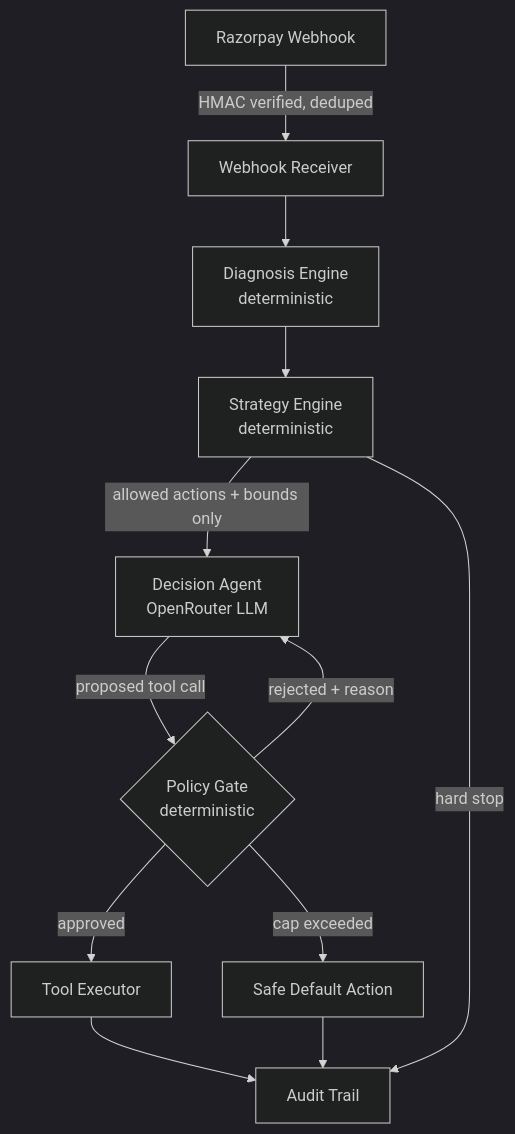
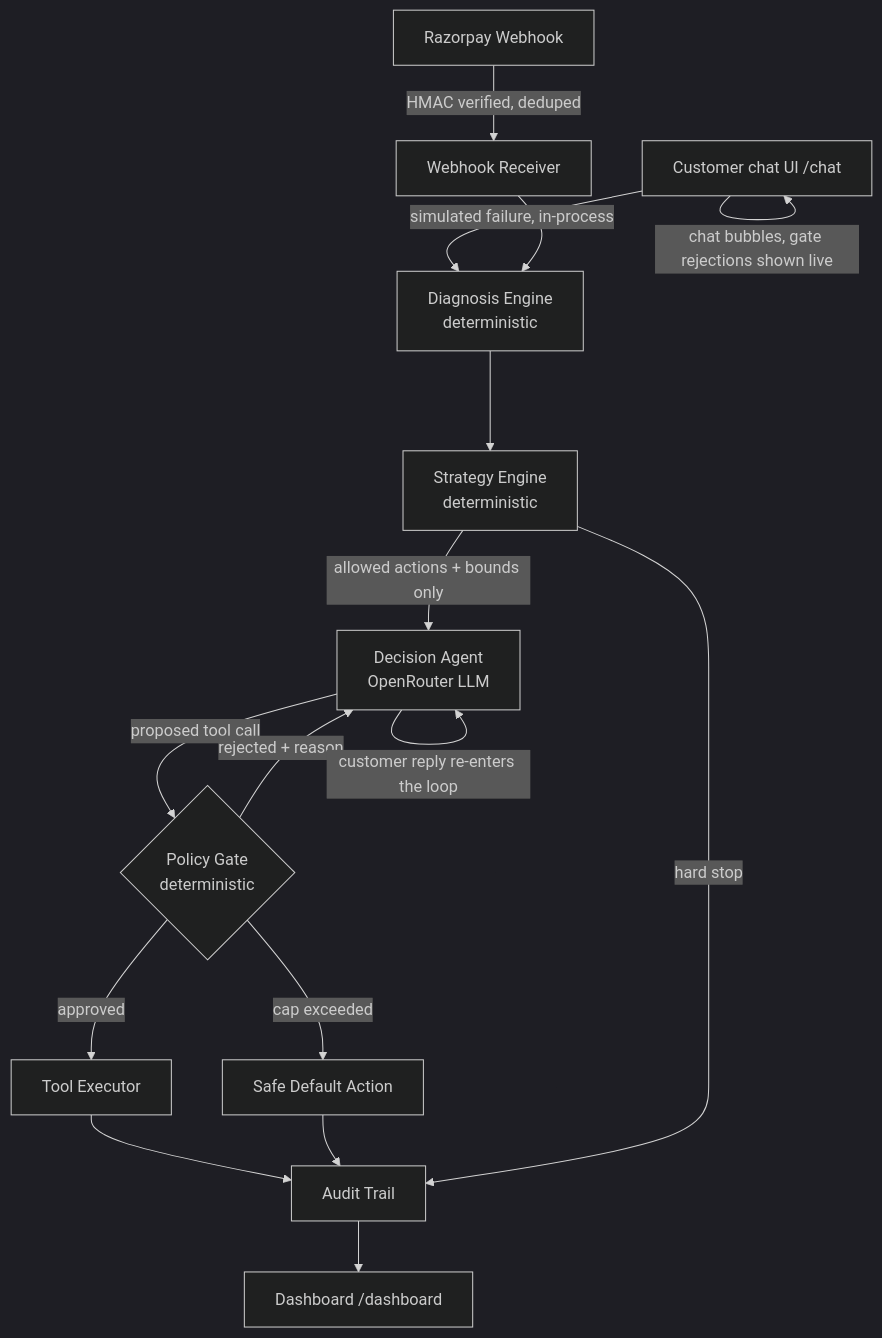
The diagram in README.md (ShaunT06/project-lazarus), drawn with Mermaid (dark theme) before and after one commit. The commit also changed other lines of this file and 21 other files, not shown here.

First line of the commit message:
feat: add customer chat UI, merchant dashboard, and Vercel hosting (#8)

````diff
--- a/README.md
+++ b/README.md
@@ -25,14 +31,18 @@
 ```mermaid
 flowchart TD
     A[Razorpay Webhook] -->|HMAC verified, deduped| B[Webhook Receiver]
+    W[Customer chat UI /chat] -->|simulated failure, in-process| C
     B --> C[Diagnosis Engine<br/>deterministic]
     C --> D[Strategy Engine<br/>deterministic]
     D -->|allowed actions + bounds only| E[Decision Agent<br/>OpenRouter LLM]
     E -->|proposed tool call| F{Policy Gate<br/>deterministic}
     F -->|approved| G[Tool Executor]
     F -->|rejected + reason| E
     F -->|cap exceeded| H[Safe Default Action]
     G --> I[Audit Trail]
     H --> I
     D -->|hard stop| I
+    E -->|customer reply re-enters the loop| E
+    I --> V[Dashboard /dashboard]
+    W -->|chat bubbles, gate rejections shown live| W
 ```
````
